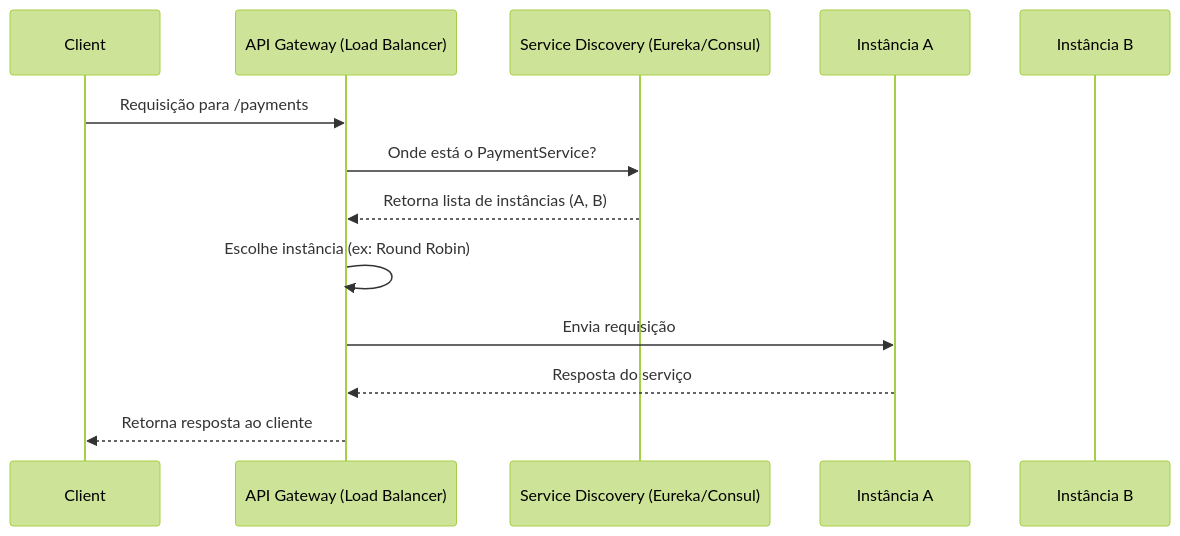
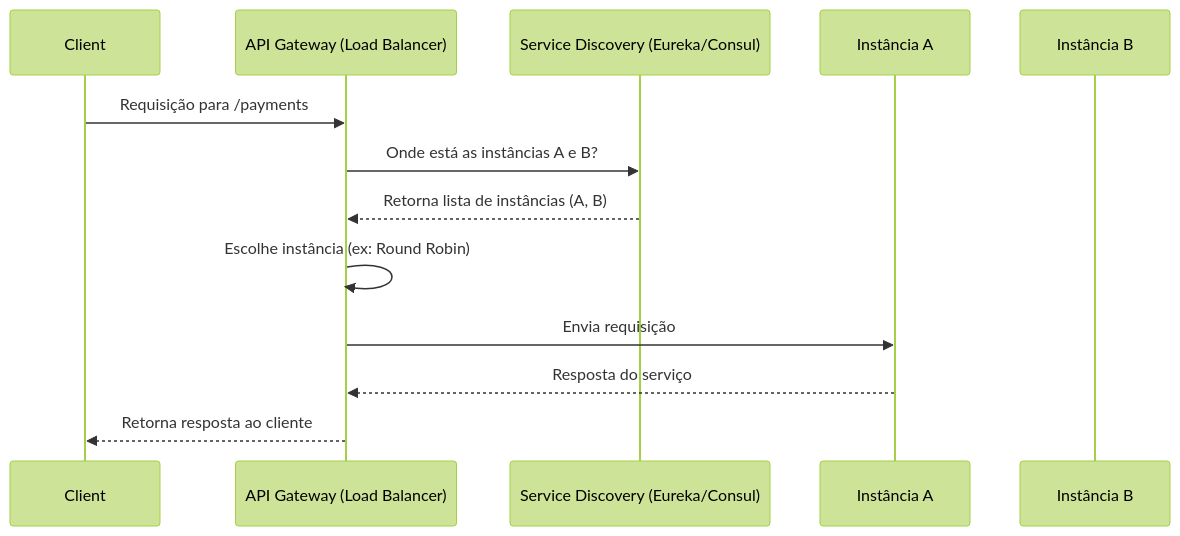
Before and after one commit to AlexRozaLopes/system-design-cloud-with-spring: the diagram in README.md, drawn with Mermaid (forest theme). The commit also changed 5 other files, not shown here.

Commit message:
add feature service discovery

````diff
--- a/README.md
+++ b/README.md
@@ -3,18 +3,18 @@
 ```mermaid
 
 sequenceDiagram
     participant Client
     participant API_Gateway as API Gateway (Load Balancer)
     participant Service_Discovery as Service Discovery (Eureka/Consul)
     participant Microservice_A as Instância A
     participant Microservice_B as Instância B
 
     Client->>API_Gateway: Requisição para /payments
-    API_Gateway->>Service_Discovery: Onde está o PaymentService?
+    API_Gateway->>Service_Discovery: Onde está as instâncias A e B?
     Service_Discovery-->>API_Gateway: Retorna lista de instâncias (A, B)
     API_Gateway->>API_Gateway: Escolhe instância (ex: Round Robin)
     API_Gateway->>Microservice_A: Envia requisição
     Microservice_A-->>API_Gateway: Resposta do serviço
     API_Gateway-->>Client: Retorna resposta ao cliente
 
 ```
````
